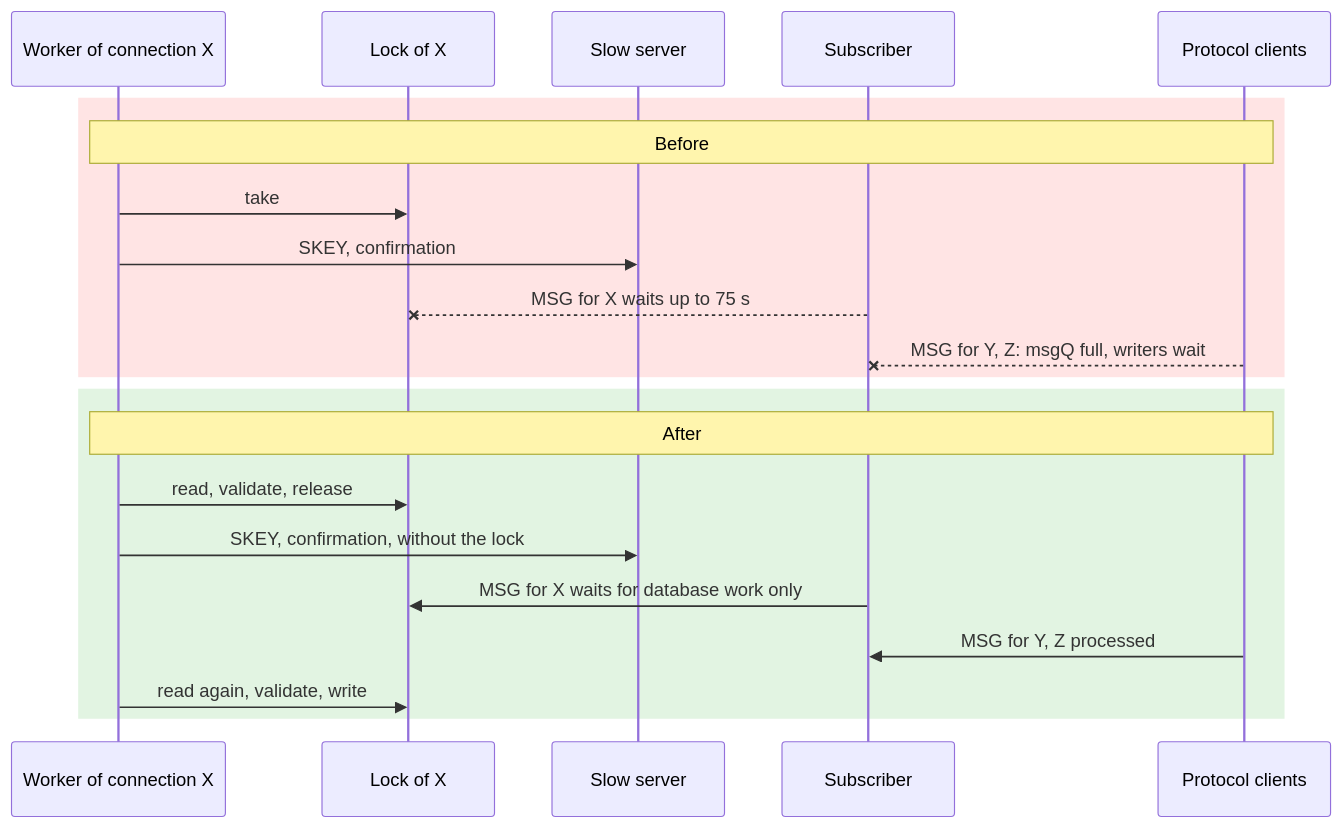
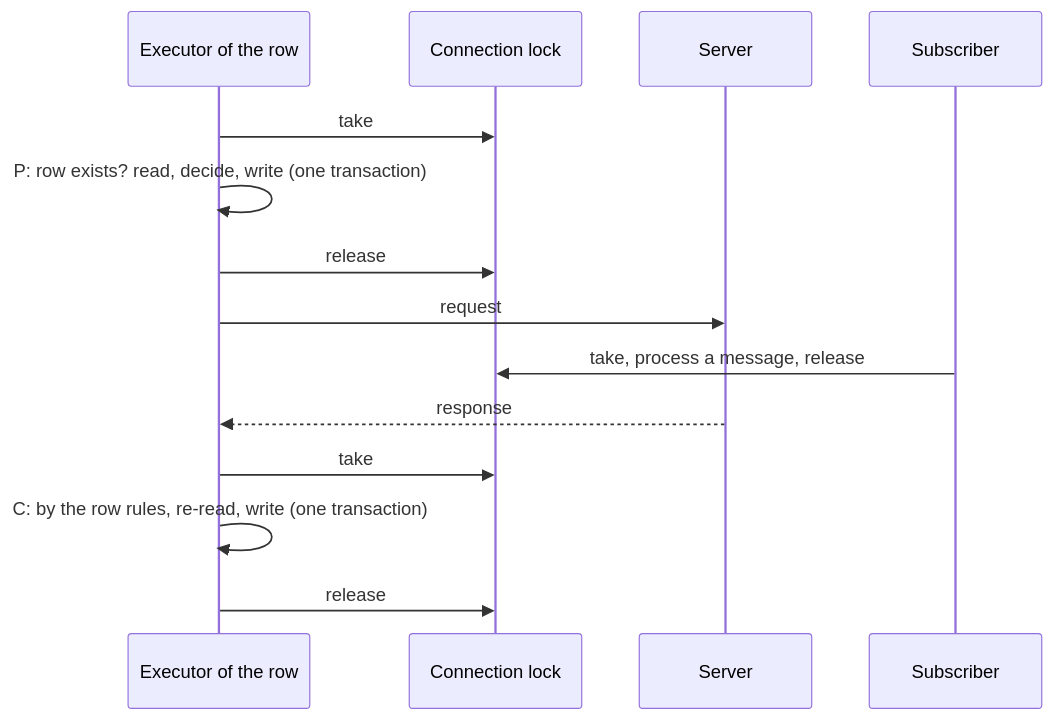
Before and after one commit to simplex-chat/simplexmq: the first of 3 diagrams in plans/2026-11-21-agent-no-blocking.md, drawn with Mermaid. The commit also changed other lines of this file, not shown here.

Commit message:
agent: plan requests without contested connection locks

````diff
--- a/plans/2026-11-21-agent-no-blocking.md
+++ b/plans/2026-11-21-agent-no-blocking.md
@@ -24,23 +45,16 @@
 ```mermaid
 sequenceDiagram
-  participant W as Worker of connection X
-  participant L as Lock of X
-  participant S as Slow server
+  participant W as Executor of the row
+  participant L as Connection lock
+  participant S as Server
   participant Sub as Subscriber
-  participant P as Protocol clients
-  rect rgb(255,228,228)
-  Note over W,P: Before
   W->>L: take
-  W->>S: SKEY, confirmation
-  Sub--xL: MSG for X waits up to 75 s
-  P--xSub: MSG for Y, Z: msgQ full, writers wait
-  end
-  rect rgb(226,244,226)
-  Note over W,P: After
-  W->>L: read, validate, release
-  W->>S: SKEY, confirmation, without the lock
-  Sub->>L: MSG for X waits for database work only
-  P->>Sub: MSG for Y, Z processed
-  W->>L: read again, validate, write
-  end
+  W->>W: P: row exists? read, decide, write (one transaction)
+  W->>L: release
+  W->>S: request
+  Sub->>L: take, process a message, release
+  S-->>W: response
+  W->>L: take
+  W->>W: C: by the row rules, re-read, write (one transaction)
+  W->>L: release
 ```
````
